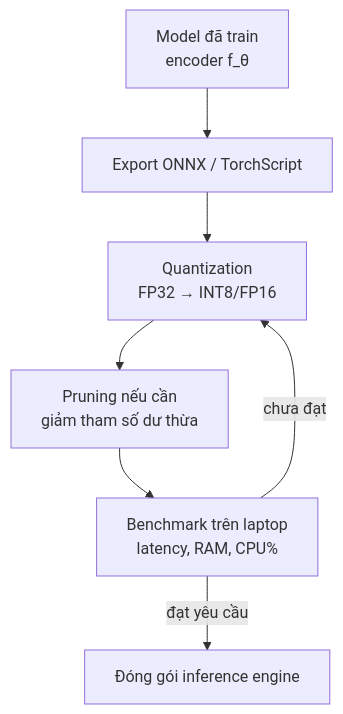
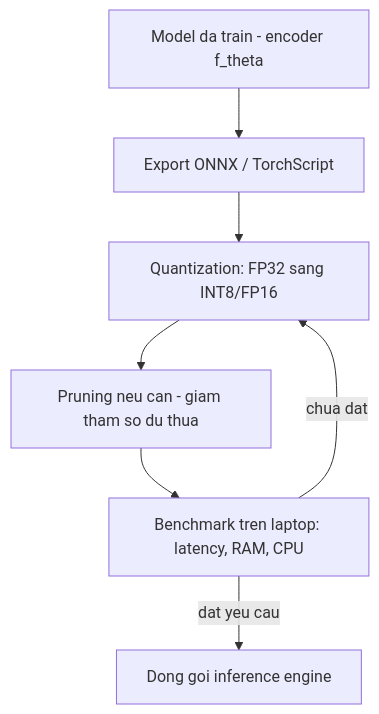
One commit to nhutphuongasasa/do-an-thuc-tap changed the second of 3 diagrams in readme.md. Above: the diagram before and after it, drawn with Mermaid. The commit also changed other lines of this file, not shown here.

````diff
--- a/readme.md
+++ b/readme.md
@@ -80,9 +80,9 @@
 ```mermaid
 flowchart TD
-    M1[Model đã train<br/>encoder f_θ] --> M2[Export ONNX / TorchScript]
-    M2 --> M3[Quantization<br/>FP32 → INT8/FP16]
-    M3 --> M4[Pruning nếu cần<br/>giảm tham số dư thừa]
-    M4 --> M5[Benchmark trên laptop<br/>latency, RAM, CPU%]
-    M5 -->|đạt yêu cầu| M6[Đóng gói inference engine]
-    M5 -->|chưa đạt| M3
+    M1["Model da train - encoder f_theta"] --> M2["Export ONNX / TorchScript"]
+    M2 --> M3["Quantization: FP32 sang INT8/FP16"]
+    M3 --> M4["Pruning neu can - giam tham so du thua"]
+    M4 --> M5["Benchmark tren laptop: latency, RAM, CPU"]
+    M5 -->|dat yeu cau| M6["Dong goi inference engine"]
+    M5 -->|chua dat| M3
 ```
````
